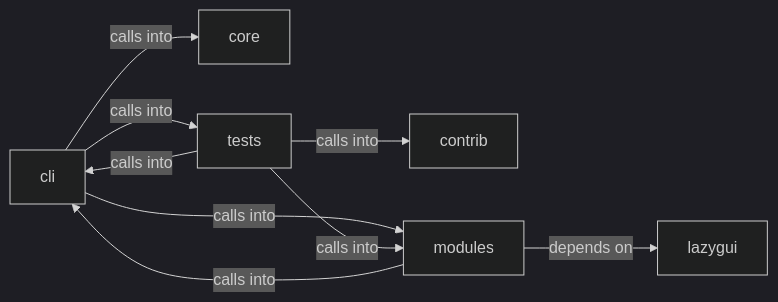
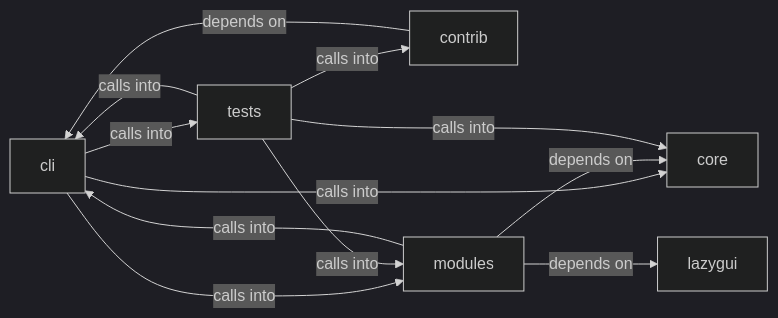
One commit to grisuno/LazyOwn changed the diagram in readmenator-diagrams/modules_world_model.md. Above: the diagram before and after it, drawn with Mermaid (dark theme). The commit also changed other lines of this file and 267 other files, not shown here.

````diff
--- a/readmenator-diagrams/modules_world_model.md
+++ b/readmenator-diagrams/modules_world_model.md
@@ -5,17 +5,20 @@
 ```mermaid
 graph LR
     cli["cli"]
     contrib["contrib"]
     core["core"]
     lazygui["lazygui"]
     modules["modules"]
     tests["tests"]
     cli -- "calls into" --> core
     cli -- "calls into" --> modules
     cli -- "calls into" --> tests
+    contrib -- "depends on" --> cli
     modules -- "calls into" --> cli
+    modules -- "depends on" --> core
     modules -- "depends on" --> lazygui
     tests -- "calls into" --> cli
     tests -- "calls into" --> contrib
+    tests -- "calls into" --> core
     tests -- "calls into" --> modules
 ```
````
